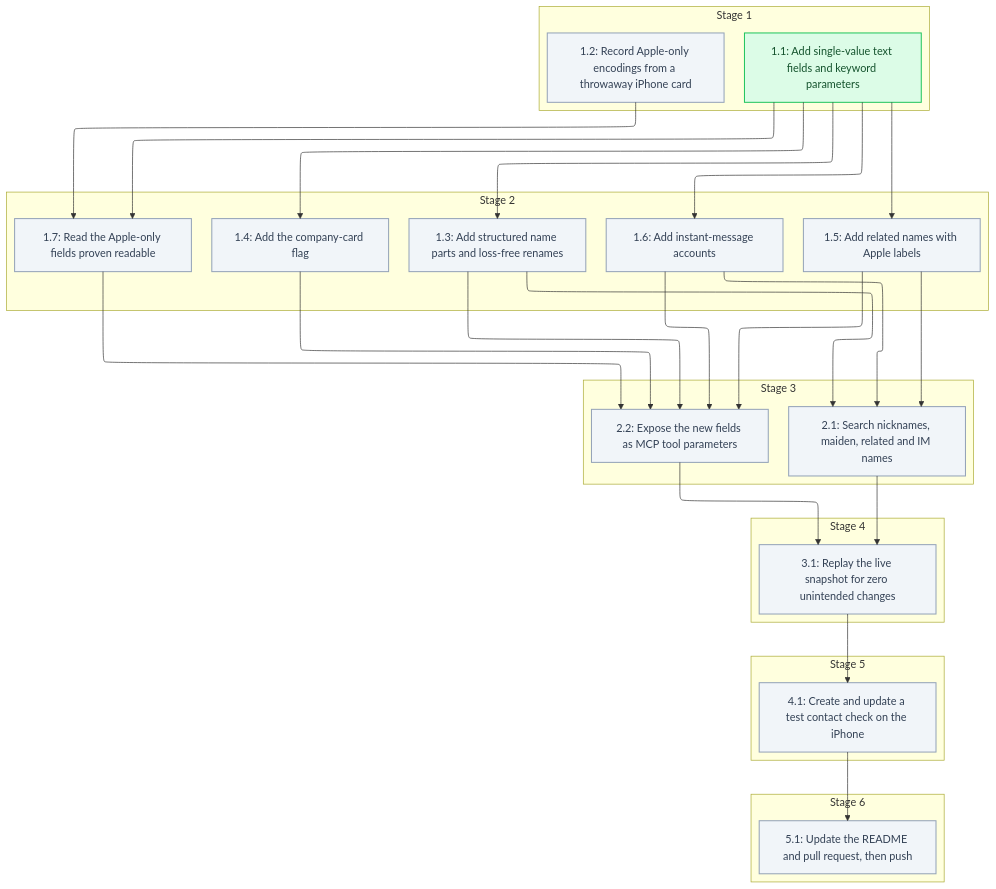
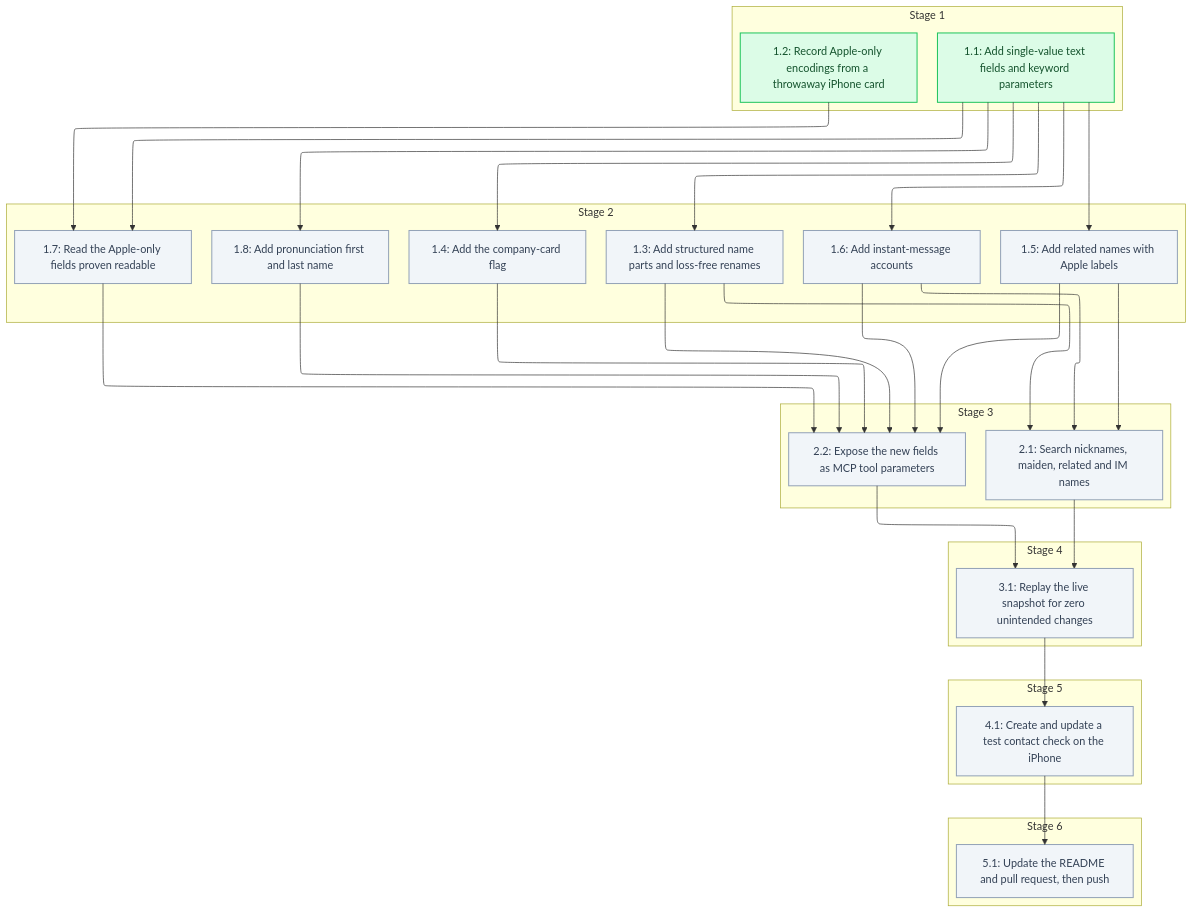
The diagram in .specs/contact-fields-completion/04_tasks.md (sohampatwardhan/icloud-mcp), drawn with Mermaid before and after one commit. The commit also changed other lines of this file and 9 other files, not shown here.

````diff
--- a/.specs/contact-fields-completion/04_tasks.md
+++ b/.specs/contact-fields-completion/04_tasks.md
@@ -9,60 +9,64 @@
 ```mermaid
 %%{init: {'flowchart': {'defaultRenderer': 'elk'}}}%%
 flowchart TD
   classDef done fill:#dcfce7,stroke:#22c55e,stroke-width:1.5px,color:#14532d
   classDef pending fill:#f1f5f9,stroke:#94a3b8,stroke-width:1.5px,color:#334155
   subgraph n_stage_1["Stage 1"]
     n_1_1@{ shape: rect, label: "1.1: Add single-value text fields and keyword parameters" }
     n_1_2@{ shape: rect, label: "1.2: Record Apple-only encodings from a throwaway iPhone card" }
   end
   subgraph n_stage_2["Stage 2"]
     n_1_3@{ shape: rect, label: "1.3: Add structured name parts and loss-free renames" }
     n_1_4@{ shape: rect, label: "1.4: Add the company-card flag" }
     n_1_5@{ shape: rect, label: "1.5: Add related names with Apple labels" }
     n_1_6@{ shape: rect, label: "1.6: Add instant-message accounts" }
     n_1_7@{ shape: rect, label: "1.7: Read the Apple-only fields proven readable" }
+    n_1_8@{ shape: rect, label: "1.8: Add pronunciation first and last name" }
   end
   subgraph n_stage_3["Stage 3"]
     n_2_1@{ shape: rect, label: "2.1: Search nicknames, maiden, related and IM names" }
     n_2_2@{ shape: rect, label: "2.2: Expose the new fields as MCP tool parameters" }
   end
   subgraph n_stage_4["Stage 4"]
     n_3_1@{ shape: rect, label: "3.1: Replay the live snapshot for zero unintended changes" }
   end
   subgraph n_stage_5["Stage 5"]
     n_4_1@{ shape: rect, label: "4.1: Create and update a test contact check on the iPhone" }
   end
   subgraph n_stage_6["Stage 6"]
     n_5_1@{ shape: rect, label: "5.1: Update the README and pull request, then push" }
   end
   n_1_1 --> n_1_3
   n_1_1 --> n_1_4
   n_1_1 --> n_1_5
   n_1_1 --> n_1_6
   n_1_1 --> n_1_7
   n_1_2 --> n_1_7
+  n_1_1 --> n_1_8
   n_1_3 --> n_2_1
   n_1_5 --> n_2_1
   n_1_6 --> n_2_1
   n_1_3 --> n_2_2
   n_1_4 --> n_2_2
   n_1_5 --> n_2_2
   n_1_6 --> n_2_2
   n_1_7 --> n_2_2
+  n_1_8 --> n_2_2
   n_2_1 --> n_3_1
   n_2_2 --> n_3_1
   n_3_1 --> n_4_1
   n_4_1 --> n_5_1
   class n_1_1 done
-  class n_1_2 pending
+  class n_1_2 done
   class n_1_3 pending
   class n_1_4 pending
   class n_1_5 pending
   class n_1_6 pending
   class n_1_7 pending
+  class n_1_8 pending
   class n_2_1 pending
   class n_2_2 pending
   class n_3_1 pending
   class n_4_1 pending
   class n_5_1 pending
 ```
````
